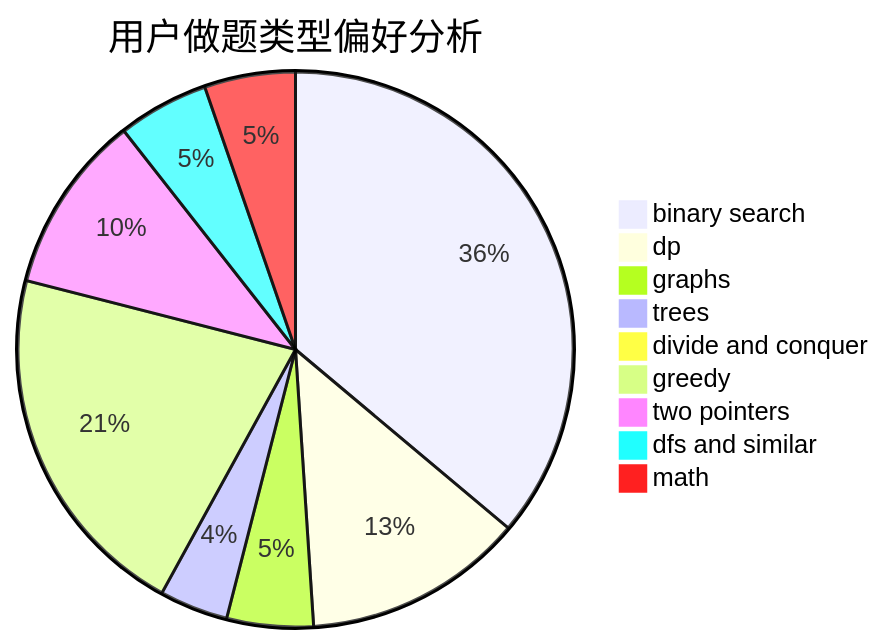
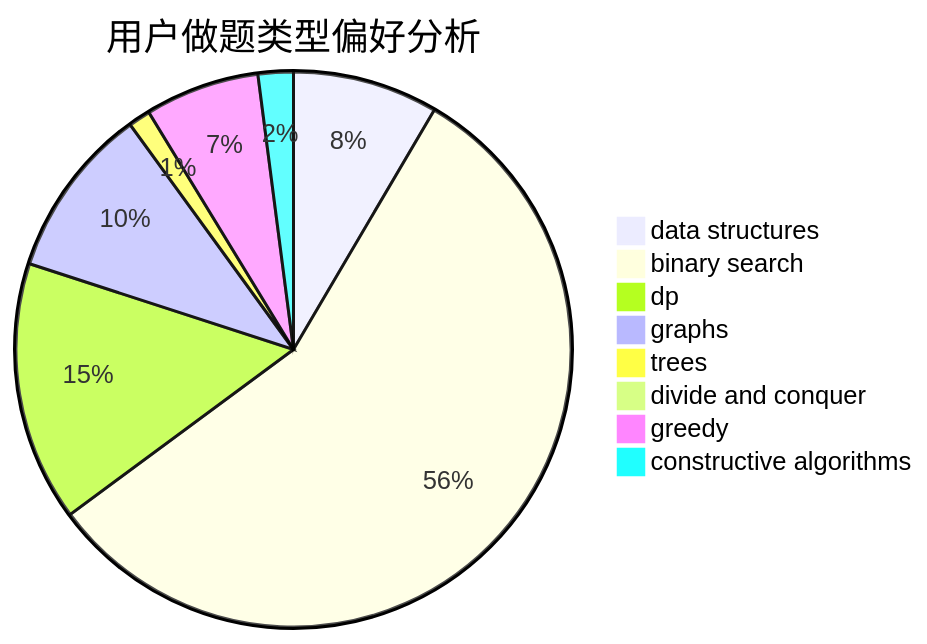
One commit to sherpahu/cfrs.github.io changed the second of 3 diagrams in docs/user/u646.md. Above: the diagram before and after it, drawn with Mermaid. The commit also changed other lines of this file and 2775 other files, not shown here.

````diff
--- a/docs/user/u646.md
+++ b/docs/user/u646.md
@@ -23,12 +23,11 @@
 ```mermaid
 pie title 用户做题类型偏好分析
-    "binary search" :  416
-    "dp" :  148
-    "graphs" :  58
-    "trees" :  46
+    "data structures" :  33
+    "binary search" :  220
+    "dp" :  59
+    "graphs" :  39
+    "trees" :  5
     "divide and conquer" :  0
-    "greedy" :  242
-    "two pointers" :  120
-    "dfs and similar" :  61
-    "math" :  61
+    "greedy" :  26
+    "constructive algorithms" :  8
 ```
````
